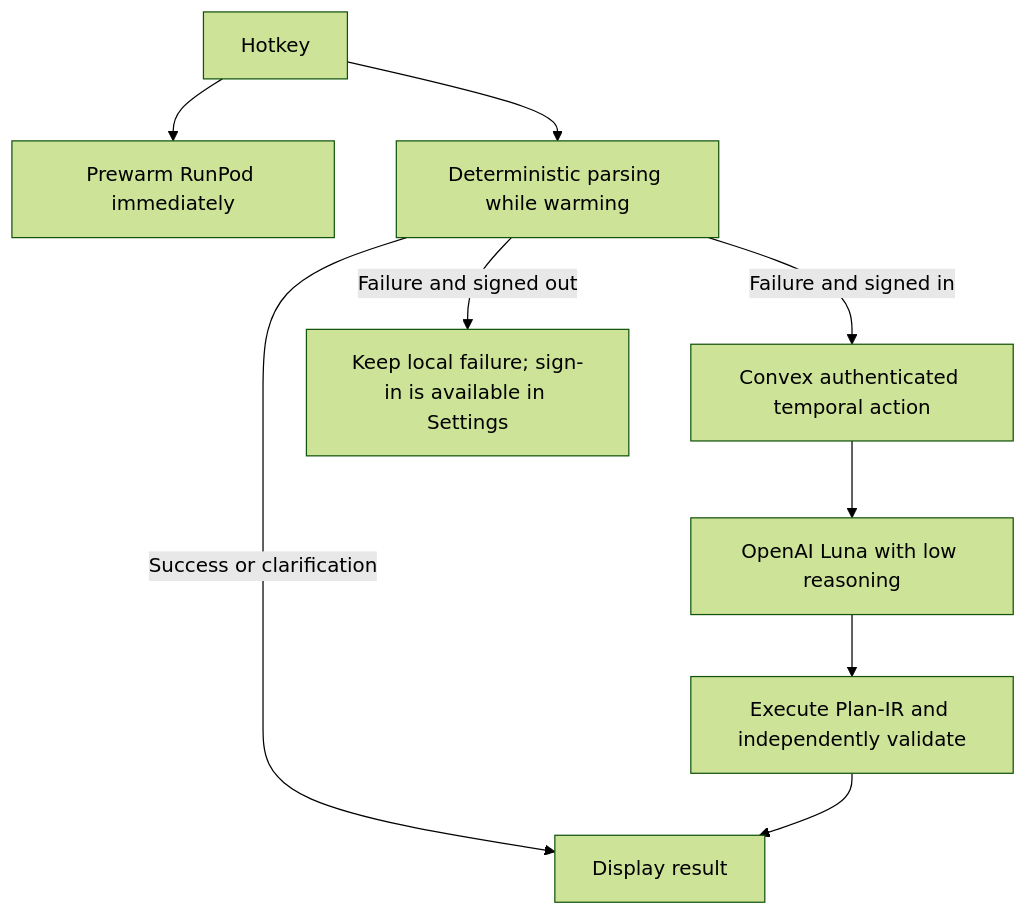
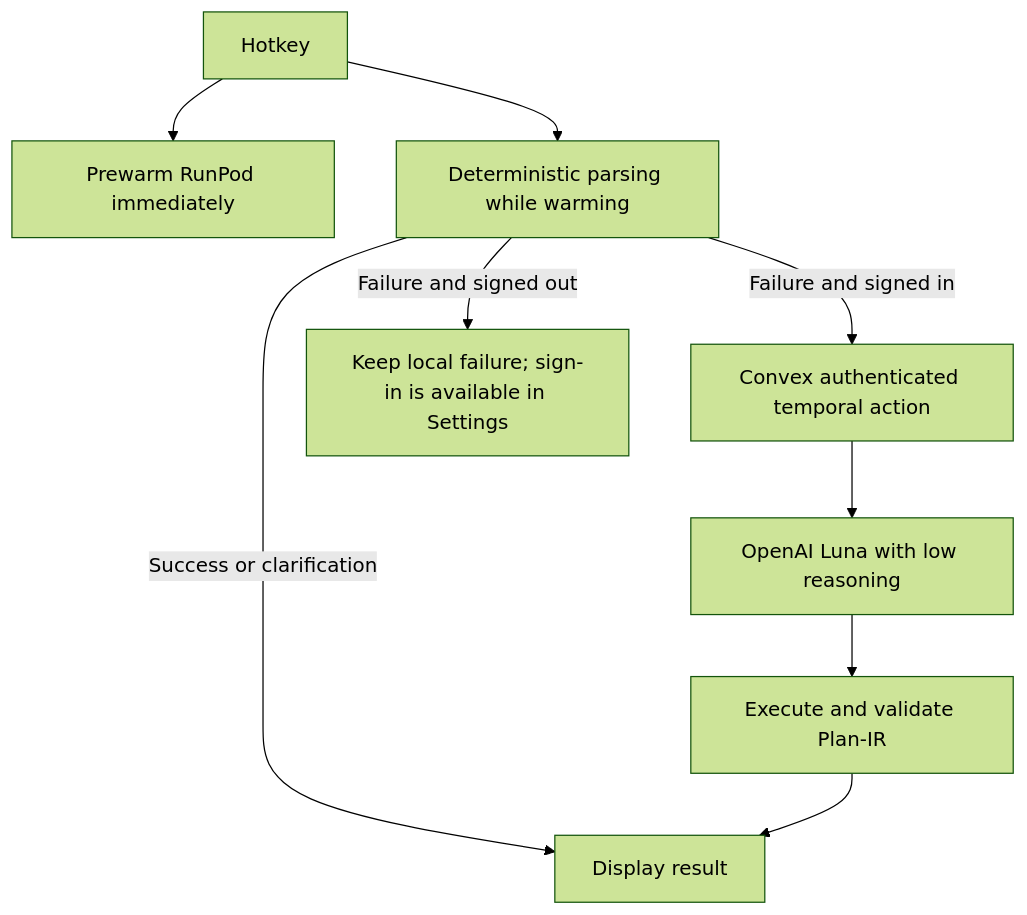
One commit to BASIC-BIT/discord-time-app changed the second of 2 diagrams in docs/temporal-fallback-relay-design.md. Above: the diagram before and after it, drawn with Mermaid (forest theme). The commit also changed other lines of this file and 12 other files, not shown here.

````diff
--- a/docs/temporal-fallback-relay-design.md
+++ b/docs/temporal-fallback-relay-design.md
@@ -31,11 +31,11 @@
 ```mermaid
 flowchart TD
     H[Hotkey] --> W[Prewarm RunPod immediately]
     H --> D[Deterministic parsing while warming]
     D -->|Success or clarification| R[Display result]
     D -->|Failure and signed in| C[Convex authenticated temporal action]
     C --> O[OpenAI Luna with low reasoning]
-    O --> V[Execute Plan-IR and independently validate]
+    O --> V[Execute and validate Plan-IR]
     V --> R
     D -->|Failure and signed out| N[Keep local failure; sign-in is available in Settings]
 ```
````
